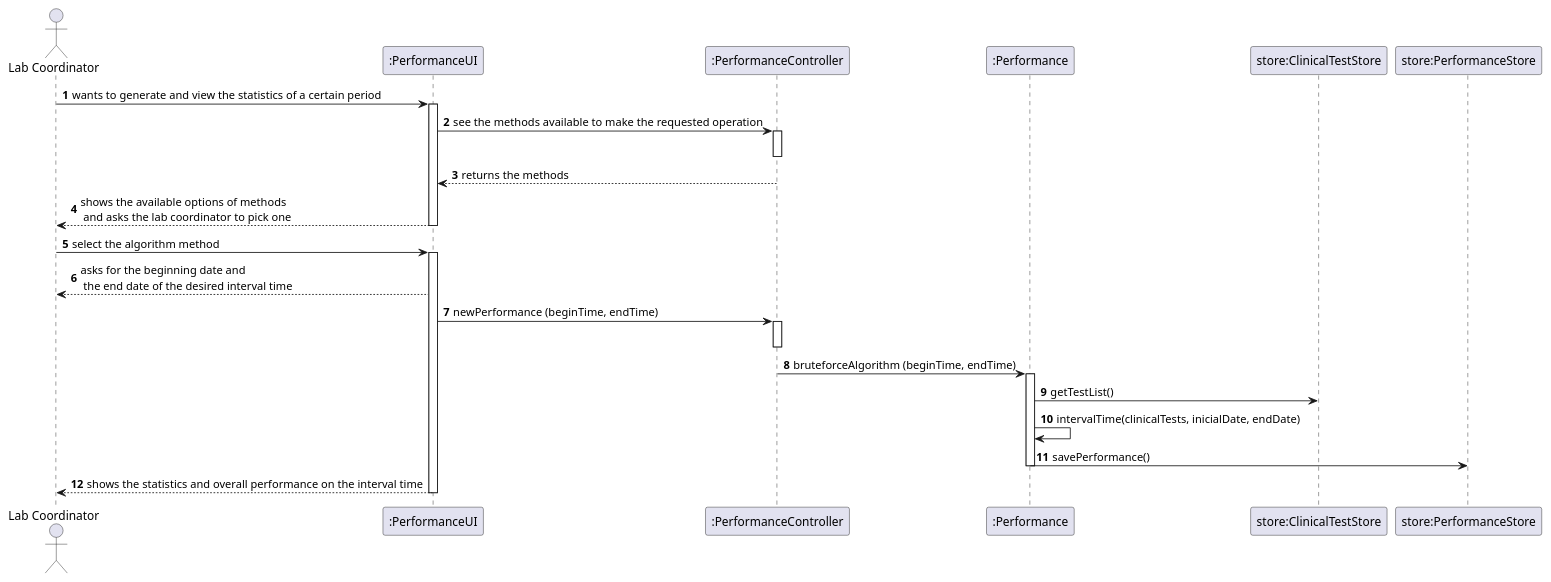
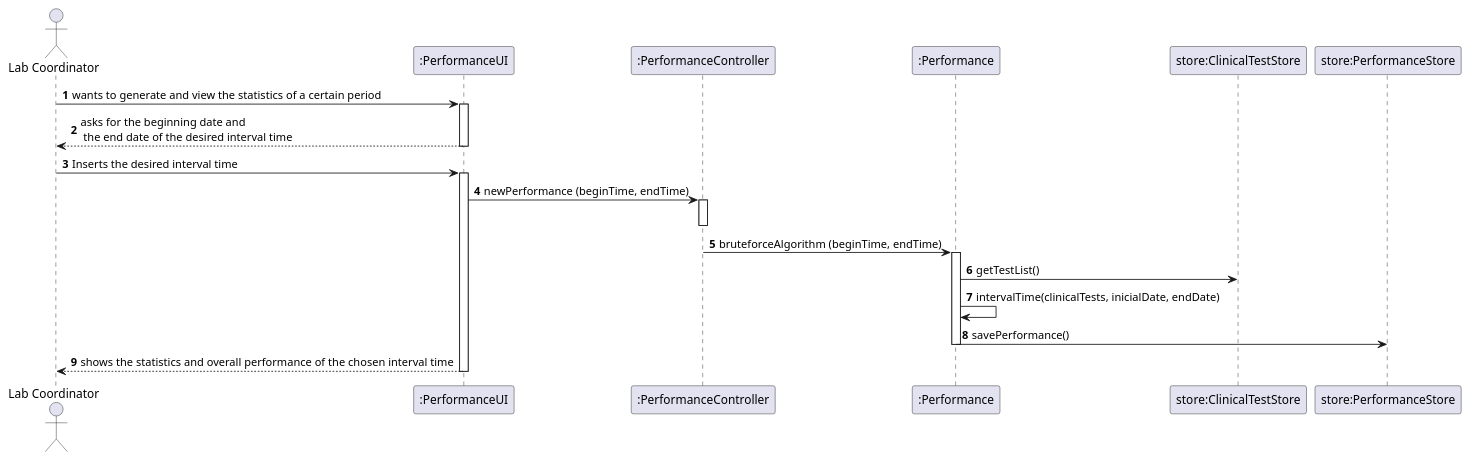
Before and after one commit to GuilhermeCunha79/lapr2: the diagram in docs/SprintD/US16/US16_SD.puml, drawn with PlantUML. The commit also changed 1 other file, not shown here.

```diff
--- a/docs/SprintD/US16/US16_SD.puml
+++ b/docs/SprintD/US16/US16_SD.puml
@@ -1,39 +1,34 @@
 @startuml
 autonumber
 'hide footbox
 actor "Lab Coordinator" as LC
 
 participant ":PerformanceUI" as UI
 participant ":PerformanceController" as CTRL
 participant ":Performance" as P
 participant "store:ClinicalTestStore" as CTS
 participant "store:PerformanceStore" as PS
 
 
 LC -> UI : wants to generate and view the statistics of a certain period
 activate UI
-    UI -> CTRL : see the methods available to make the requested operation
-    activate CTRL
-    deactivate CTRL
-    CTRL --> UI : returns the methods
+LC <-- UI : asks for the beginning date and\n the end date of the desired interval time
 
     deactivate CTRL
-    UI --> LC : shows the available options of methods \n and asks the lab coordinator to pick one
 deactivate UI
-LC -> UI : select the algorithm method
+LC -> UI : Inserts the desired interval time
 activate UI
-LC <-- UI : asks for the beginning date and\n the end date of the desired interval time
     UI->CTRL : newPerformance (beginTime, endTime)
     activate CTRL
     deactivate CTRL
     CTRL->P : bruteforceAlgorithm (beginTime, endTime)
     activate P
     P->CTS: getTestList()
     P->P : intervalTime(clinicalTests, inicialDate, endDate)
 
     P -> PS : savePerformance()
     deactivate P
 
-UI --> LC : shows the statistics and overall performance on the interval time
+UI --> LC : shows the statistics and overall performance of the chosen interval time
 deactivate UI
 @enduml
```
